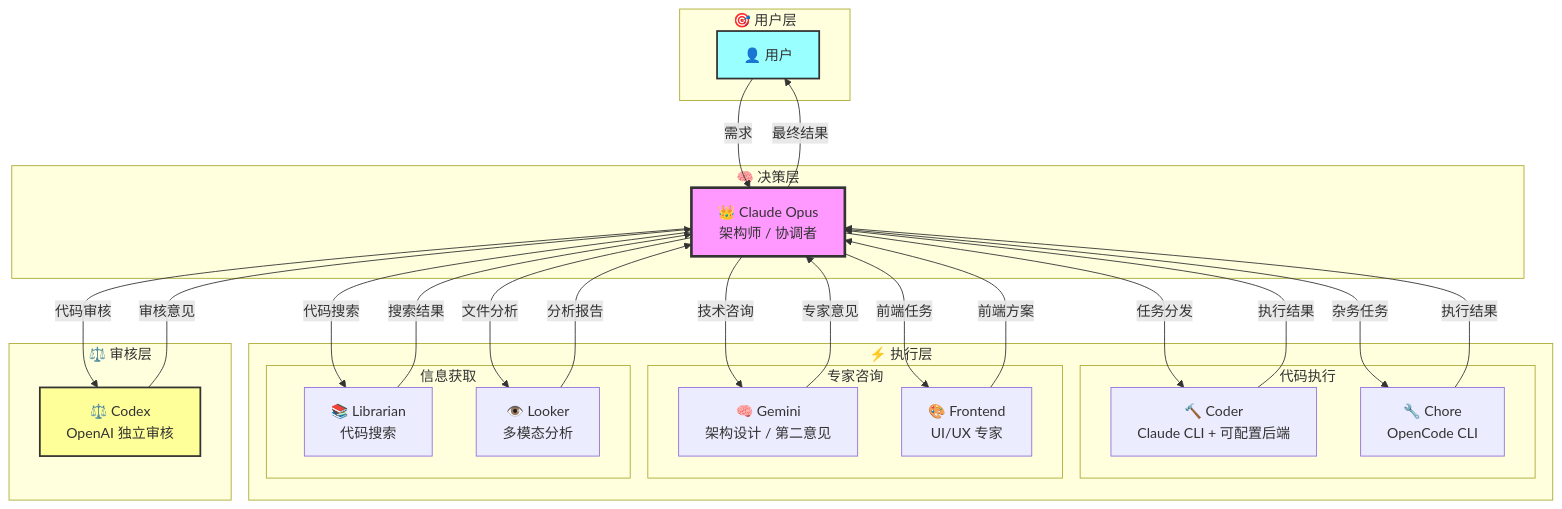
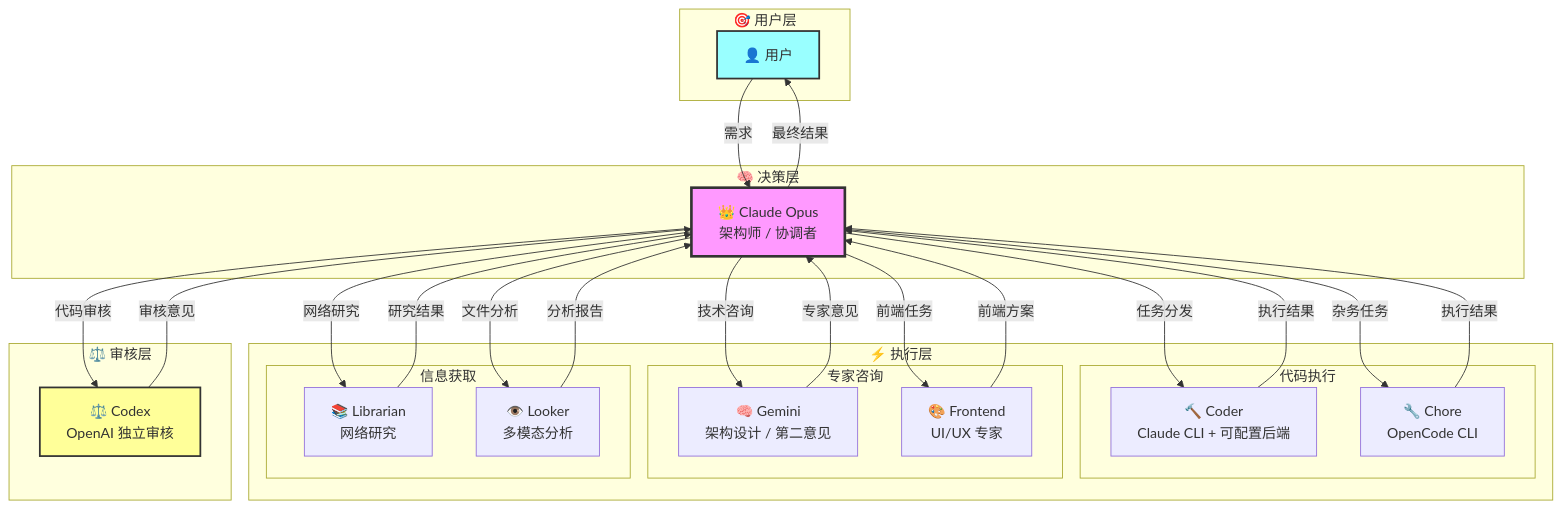
The first of 2 diagrams in README.md (Lynricsy/Oh-My-ClaudeCode), drawn with Mermaid before and after one commit. The commit also changed other lines of this file and 16 other files, not shown here.

````diff
--- a/README.md
+++ b/README.md
@@ -46,50 +46,50 @@
 ```mermaid
 graph TB
     subgraph "🎯 用户层"
         User[👤 用户]
     end
 
     subgraph "🧠 决策层"
         Claude[👑 Claude Opus<br/>架构师 / 协调者]
     end
 
     subgraph "⚡ 执行层"
         subgraph "代码执行"
             Coder[🔨 Coder<br/>Claude CLI + 可配置后端]
             Chore[🔧 Chore<br/>OpenCode CLI]
         end
         subgraph "专家咨询"
             Gemini[🧠 Gemini<br/>架构设计 / 第二意见]
             Frontend[🎨 Frontend<br/>UI/UX 专家]
         end
         subgraph "信息获取"
-            Librarian[📚 Librarian<br/>代码搜索]
+            Librarian[📚 Librarian<br/>网络研究]
             Looker[👁️ Looker<br/>多模态分析]
         end
     end
 
     subgraph "⚖️ 审核层"
         Codex[⚖️ Codex<br/>OpenAI 独立审核]
     end
 
     User -->|需求| Claude
     Claude -->|任务分发| Coder
     Claude -->|杂务任务| Chore
     Claude -->|技术咨询| Gemini
     Claude -->|前端任务| Frontend
-    Claude -->|代码搜索| Librarian
+    Claude -->|网络研究| Librarian
     Claude -->|文件分析| Looker
     Coder -->|执行结果| Claude
     Chore -->|执行结果| Claude
     Gemini -->|专家意见| Claude
     Frontend -->|前端方案| Claude
-    Librarian -->|搜索结果| Claude
+    Librarian -->|研究结果| Claude
     Looker -->|分析报告| Claude
     Claude -->|代码审核| Codex
     Codex -->|审核意见| Claude
     Claude -->|最终结果| User
 
     style Claude fill:#f9f,stroke:#333,stroke-width:3px
     style Codex fill:#ff9,stroke:#333,stroke-width:2px
     style User fill:#9ff,stroke:#333,stroke-width:2px
 ```
````
